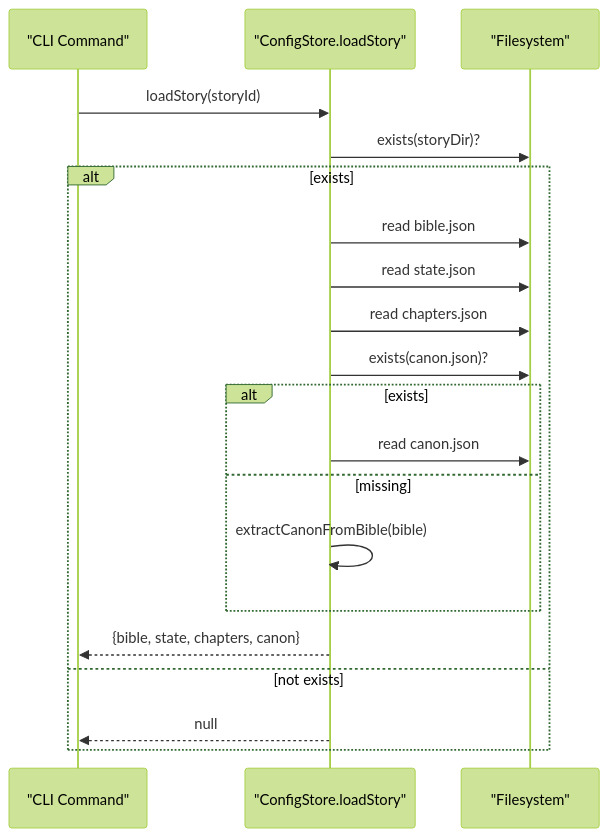
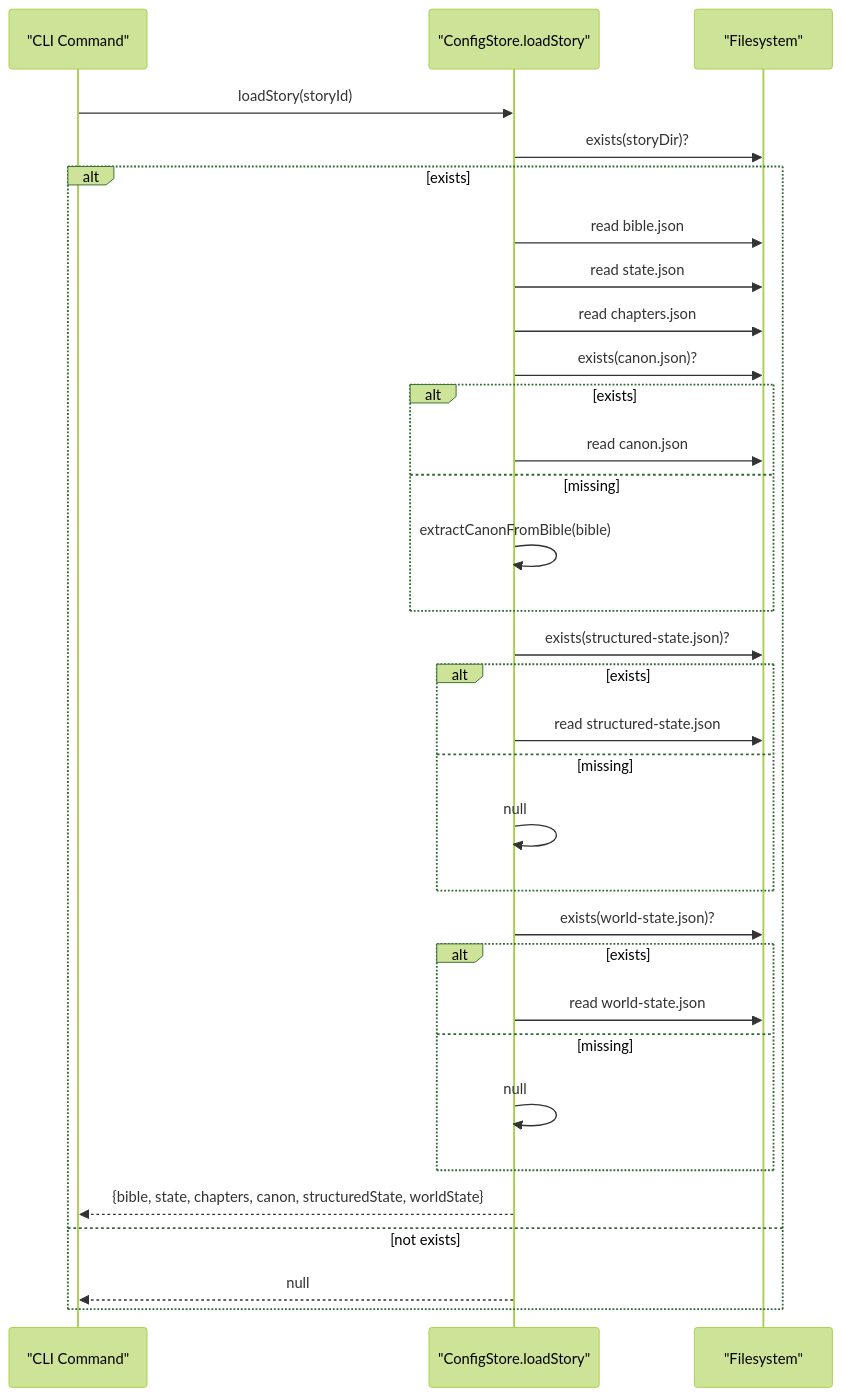
Before and after one commit to liwonder/NARRITIVE_OS: the fourth of 8 diagrams in .qoder/repowiki/en/content/Story Management System/Local Storage & Persistence.md, drawn with Mermaid (forest theme). The commit also changed other lines of this file and 12 other files, not shown here.

````diff
--- a/.qoder/repowiki/en/content/Story Management System/Local Storage & Persistence.md
+++ b/.qoder/repowiki/en/content/Story Management System/Local Storage & Persistence.md
@@ -191,22 +242,34 @@
 ```mermaid
 sequenceDiagram
 participant CLI as "CLI Command"
 participant Store as "ConfigStore.loadStory"
 participant FS as "Filesystem"
 CLI->>Store : loadStory(storyId)
 Store->>FS : exists(storyDir)?
 alt exists
 Store->>FS : read bible.json
 Store->>FS : read state.json
 Store->>FS : read chapters.json
 Store->>FS : exists(canon.json)?
 alt exists
 Store->>FS : read canon.json
 else missing
 Store->>Store : extractCanonFromBible(bible)
 end
-Store-->>CLI : {bible, state, chapters, canon}
+Store->>FS : exists(structured-state.json)?
+alt exists
+Store->>FS : read structured-state.json
+else missing
+Store->>Store : null
+end
+Store->>FS : exists(world-state.json)?
+alt exists
+Store->>FS : read world-state.json
+else missing
+Store->>Store : null
+end
+Store-->>CLI : {bible, state, chapters, canon, structuredState, worldState}
 else not exists
 Store-->>CLI : null
 end
 ```
````
